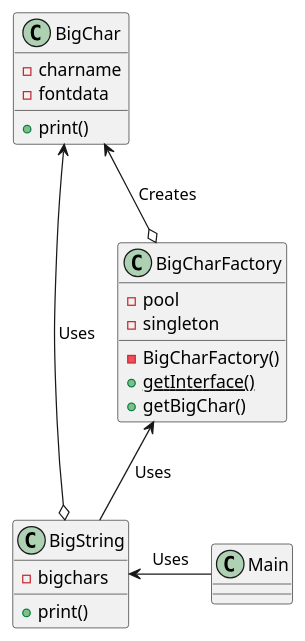
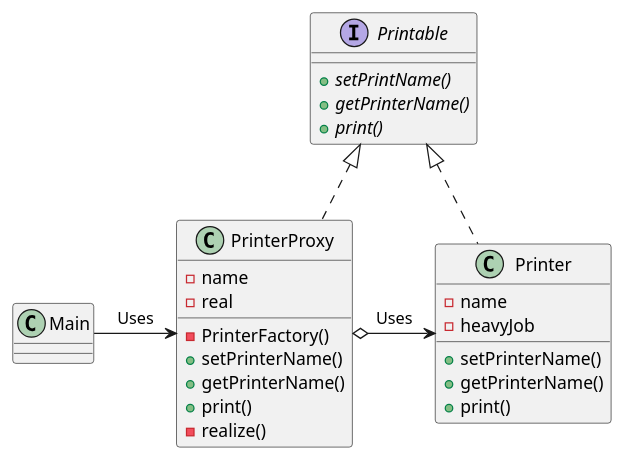
The diagram in Proxy/README.md (ku2ma2/design_pattern), drawn with PlantUML before and after one commit. The commit also changed other lines of this file, not shown here.

Commit message:
Improve README.md for proxy pattern

````diff
--- a/Proxy/README.md
+++ b/Proxy/README.md
@@ -4,34 +4,39 @@
 ```uml
 @startuml
 
-class BigChar {
-    -charname
-    -fontdata
-    +print()
+interface Printable {
+    {abstract} +setPrintName()
+    {abstract} +getPrinterName()
+    {abstract} +print()
 }
 
-class BigCharFactory {
-    -pool
-    -singleton
-    -BigCharFactory()
-    {static} +getInterface()
-    +getBigChar()
+class PrinterProxy {
+    -name
+    -real
+    -PrinterFactory()
+    +setPrinterName()
+    +getPrinterName()
+    +print()
+    -realize()
 }
 
-class BigString {
-    -bigchars
+class Printer {
+    -name
+    +setPrinterName()
+    +getPrinterName()
     +print()
+    -heavyJob
 }
 
 class Main {
     
 }
 
-BigCharFactory o-up-> BigChar: Creates
-BigString -up-> BigCharFactory: Uses
-BigString o-up-> BigChar: Uses
-Main -left-> BigString: Uses
+PrinterProxy .up.|> Printable
+Printer .up.|> Printable
+PrinterProxy o-right-> Printer: Uses
+Main -right-> PrinterProxy: Uses
 
 
 @enduml
 ```
````
